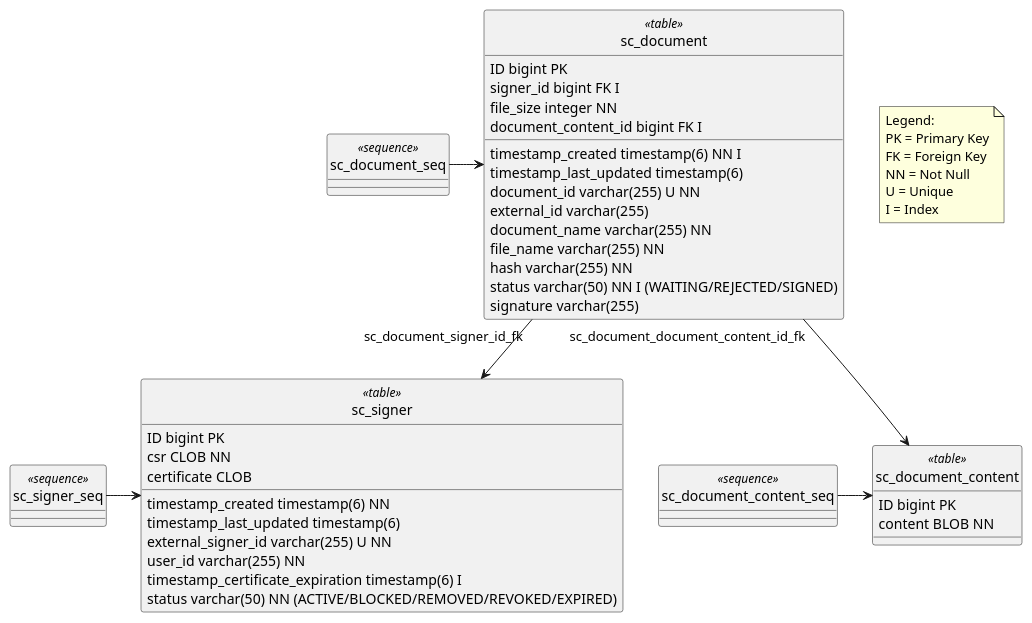
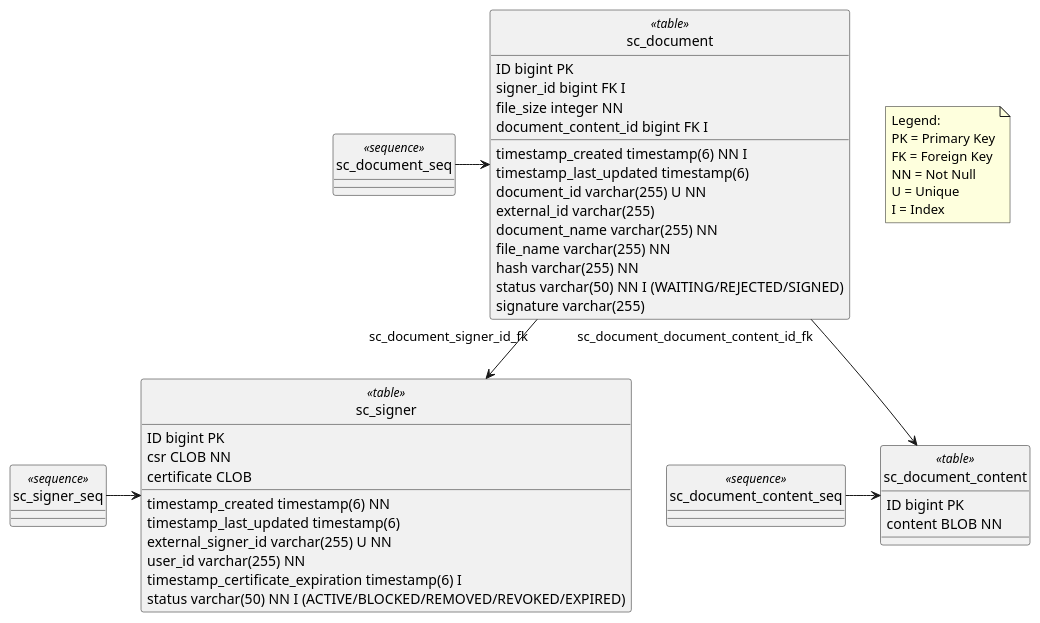
One commit to wultra/signer-cloud changed the diagram in docs-private/signer_cloud_server_database_schema.puml. Above: the diagram before and after it, drawn with PlantUML. The commit also changed 2 other files, not shown here.

```diff
--- a/docs-private/signer_cloud_server_database_schema.puml
+++ b/docs-private/signer_cloud_server_database_schema.puml
@@ -1,57 +1,57 @@
 @startuml
 hide circle
 
 class sc_signer <<table>>{
     ID bigint PK
     timestamp_created timestamp(6) NN
     timestamp_last_updated timestamp(6)
     external_signer_id varchar(255) U NN
     user_id varchar(255) NN
     csr CLOB NN
     certificate CLOB
     timestamp_certificate_expiration timestamp(6) I
-    status varchar(50) NN (ACTIVE/BLOCKED/REMOVED/REVOKED/EXPIRED)
+    status varchar(50) NN I (ACTIVE/BLOCKED/REMOVED/REVOKED/EXPIRED)
 }
 
 class sc_document <<table>> {
     ID bigint PK
     timestamp_created timestamp(6) NN I
     timestamp_last_updated timestamp(6)
     document_id varchar(255) U NN
     signer_id bigint FK I
     external_id varchar(255)
     document_name varchar(255) NN
     file_name varchar(255) NN
     file_size integer NN
     document_content_id bigint FK I
     hash varchar(255) NN
     status varchar(50) NN I (WAITING/REJECTED/SIGNED)
     signature varchar(255)
 }
 
 class sc_document_content <<table>>{
     ID bigint PK
     content BLOB NN
 }
 
 class sc_signer_seq <<sequence>>
 class sc_document_seq <<sequence>>
 class sc_document_content_seq <<sequence>>
 
 sc_signer_seq -> sc_signer
 sc_document_seq -> sc_document
 sc_document_content_seq -> sc_document_content
 
 sc_document "sc_document_signer_id_fk" --> sc_signer
 sc_document "sc_document_document_content_id_fk" --> sc_document_content
 
 note as note1
 Legend:
 PK = Primary Key
 FK = Foreign Key
 NN = Not Null
 U = Unique
 I = Index
 end note
 
 @enduml
```
